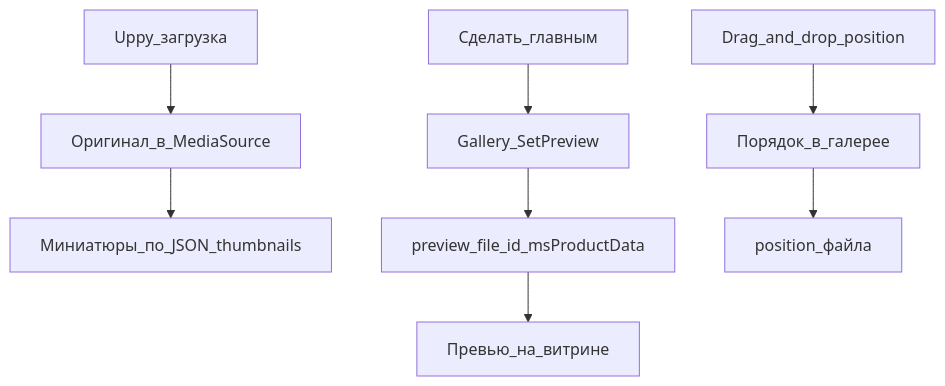
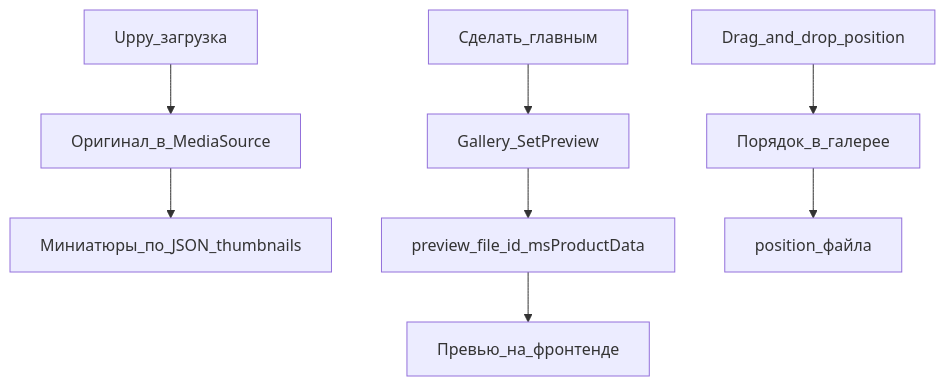
Before and after one commit to modx-pro/Docs: the diagram in docs/components/minishop3/interface/gallery.md, drawn with Mermaid. The commit also changed other lines of this file and 3 other files, not shown here.

````diff
--- a/docs/components/minishop3/interface/gallery.md
+++ b/docs/components/minishop3/interface/gallery.md
@@ -46,10 +46,10 @@
 ```mermaid
 flowchart TB
   Upload[Uppy_загрузка] --> Original[Оригинал_в_MediaSource]
   Original --> Thumbs[Миниатюры_по_JSON_thumbnails]
   DnD[Drag_and_drop_position] --> GalleryOrder[Порядок_в_галерее]
   SetMain[Сделать_главным] --> SetPreview[Gallery_SetPreview]
   SetPreview --> PreviewId[preview_file_id_msProductData]
   GalleryOrder --> PositionField[position_файла]
-  PreviewId --> VitrinaPreview[Превью_на_витрине]
+  PreviewId --> FrontPreview[Превью_на_фронтенде]
 ```
````
